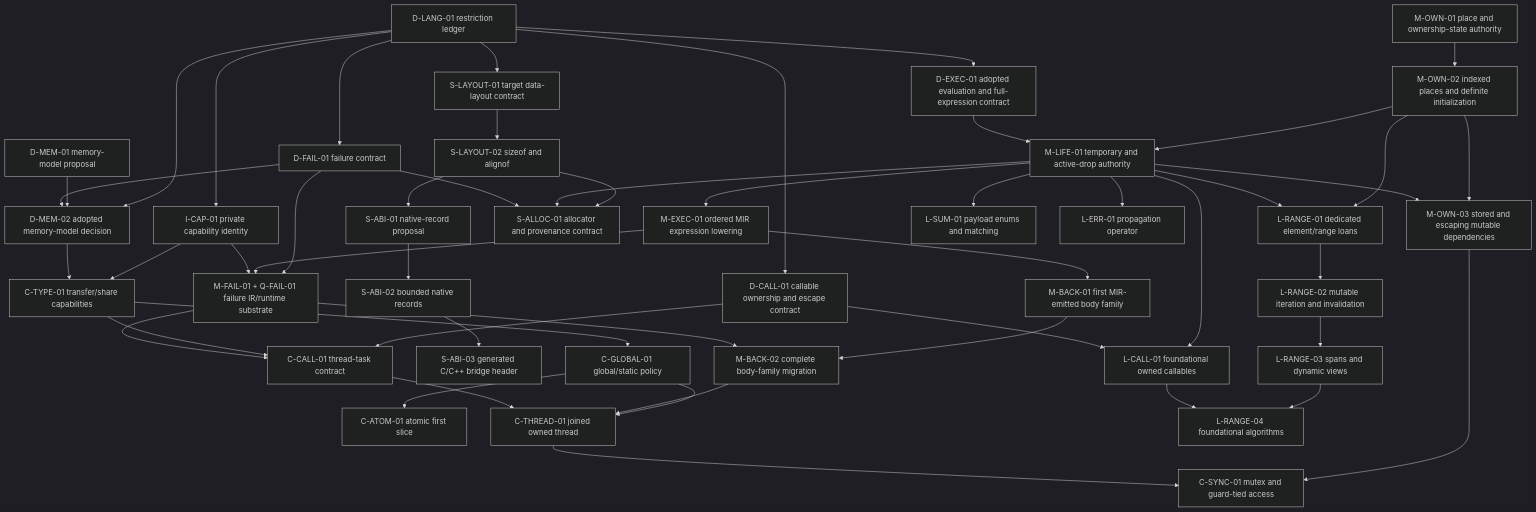
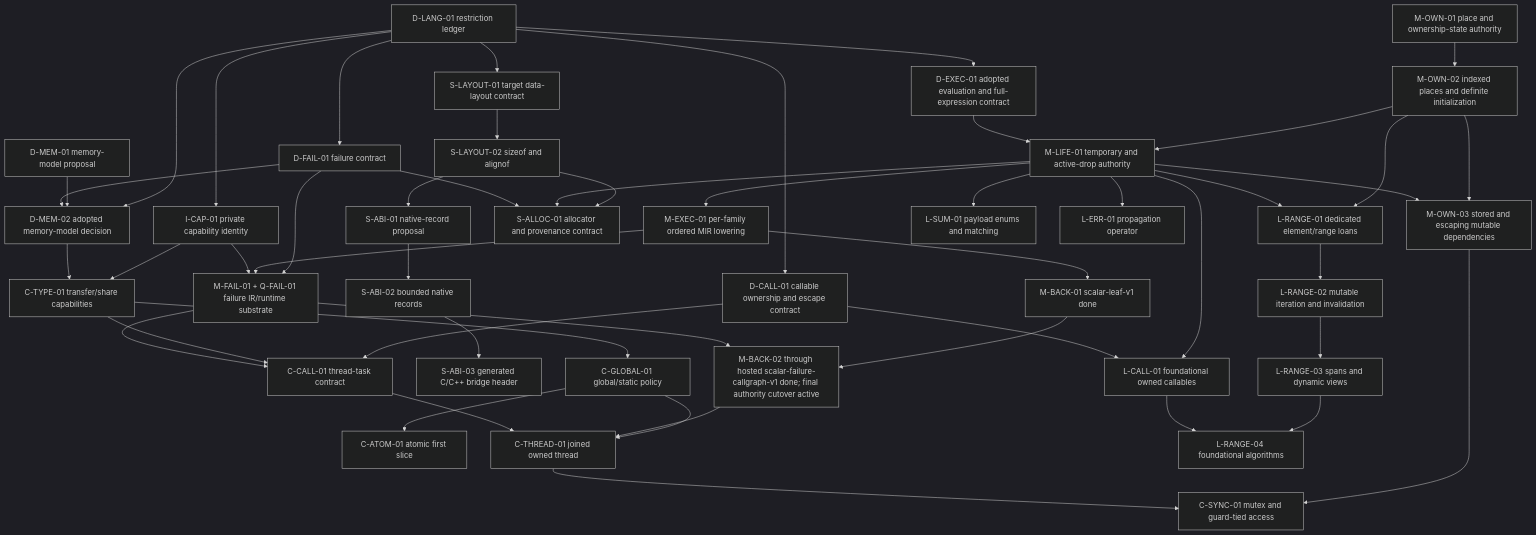
Before and after one commit to LukeHHA/gti: the diagram in docs/plans/implementation-sequence.md, drawn with Mermaid (dark theme). The commit also changed other lines of this file and 145 other files, not shown here.

````diff
--- a/docs/plans/implementation-sequence.md
+++ b/docs/plans/implementation-sequence.md
@@ -171,57 +265,57 @@
 ```mermaid
 flowchart TD
   R["D-LANG-01 restriction ledger"] --> MA["D-MEM-02 adopted memory-model decision"]
   MD["D-MEM-01 memory-model proposal"] --> MA
   R --> EO["D-EXEC-01 adopted evaluation and full-expression contract"]
   R --> FC["D-FAIL-01 failure contract"]
   FC --> MA
   R --> DC["D-CALL-01 callable ownership and escape contract"]
 
   PA["M-OWN-01 place and ownership-state authority"] --> IP["M-OWN-02 indexed places and definite initialization"]
   IP --> TD["M-LIFE-01 temporary and active-drop authority"]
   EO --> TD
   IP --> SD["M-OWN-03 stored and escaping mutable dependencies"]
   TD --> SD
-  TD --> OE["M-EXEC-01 ordered MIR expression lowering"]
+  TD --> OE["M-EXEC-01 per-family ordered MIR lowering"]
   FC --> MF["M-FAIL-01 + Q-FAIL-01 failure IR/runtime substrate"]
   OE --> MF
-  OE --> MB1["M-BACK-01 first MIR-emitted body family"]
-  MB1 --> MB2["M-BACK-02 complete body-family migration"]
+  OE --> MB1["M-BACK-01 scalar-leaf-v1 done"]
+  MB1 --> MB2["M-BACK-02 through hosted scalar-failure-callgraph-v1 done; final authority cutover active"]
   MF --> MB2
 
   R --> DL["S-LAYOUT-01 target data-layout contract"]
   DL --> SA["S-LAYOUT-02 sizeof and alignof"]
   SA --> NR["S-ABI-01 native-record proposal"]
   NR --> NRI["S-ABI-02 bounded native records"]
   NRI --> NH["S-ABI-03 generated C/C++ bridge header"]
   SA --> AL["S-ALLOC-01 allocator and provenance contract"]
   TD --> AL
   FC --> AL
 
   R --> CP["I-CAP-01 private capability identity"]
   CP --> MF
   CP --> CT["C-TYPE-01 transfer/share capabilities"]
   MA --> CT
   CT --> CG["C-GLOBAL-01 global/static policy"]
   CG --> AT["C-ATOM-01 atomic first slice"]
   CG --> TH["C-THREAD-01 joined owned thread"]
   MB2 --> TH
   TD --> LC["L-CALL-01 foundational owned callables"]
   DC --> LC
   DC --> CC["C-CALL-01 thread-task contract"]
   CT --> CC
   MF --> CC
   CC --> TH
   SD --> MX["C-SYNC-01 mutex and guard-tied access"]
   TH --> MX
 
   IP --> RG["L-RANGE-01 dedicated element/range loans"]
   TD --> RG
   RG --> MI["L-RANGE-02 mutable iteration and invalidation"]
   MI --> VW["L-RANGE-03 spans and dynamic views"]
   VW --> ALG["L-RANGE-04 foundational algorithms"]
   LC --> ALG
 
   TD --> SUM["L-SUM-01 payload enums and matching"]
   TD --> Q["L-ERR-01 propagation operator"]
 ```
````
